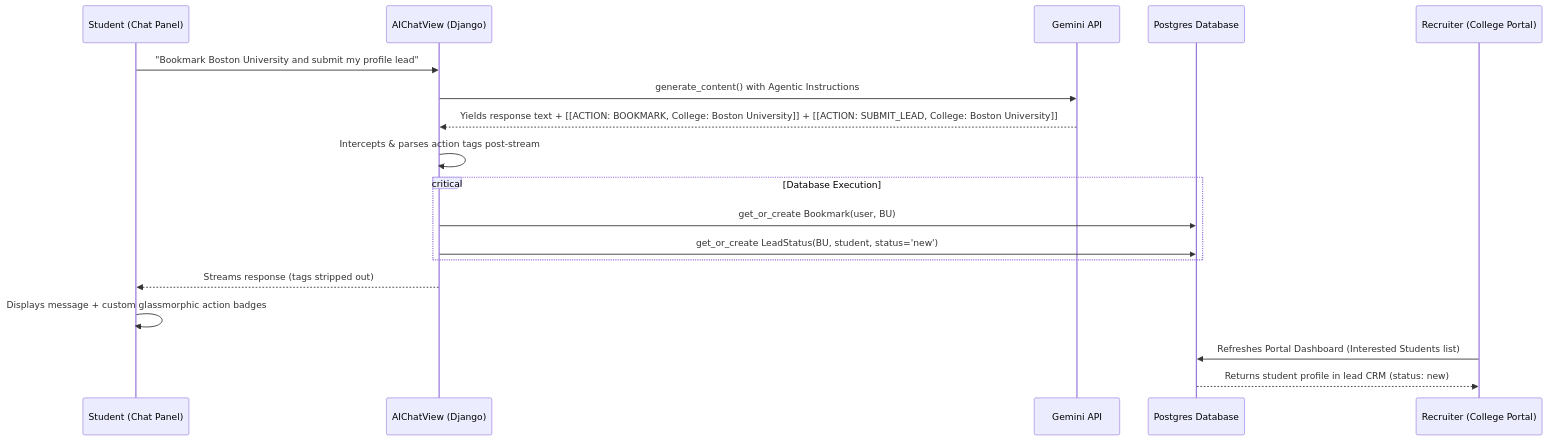
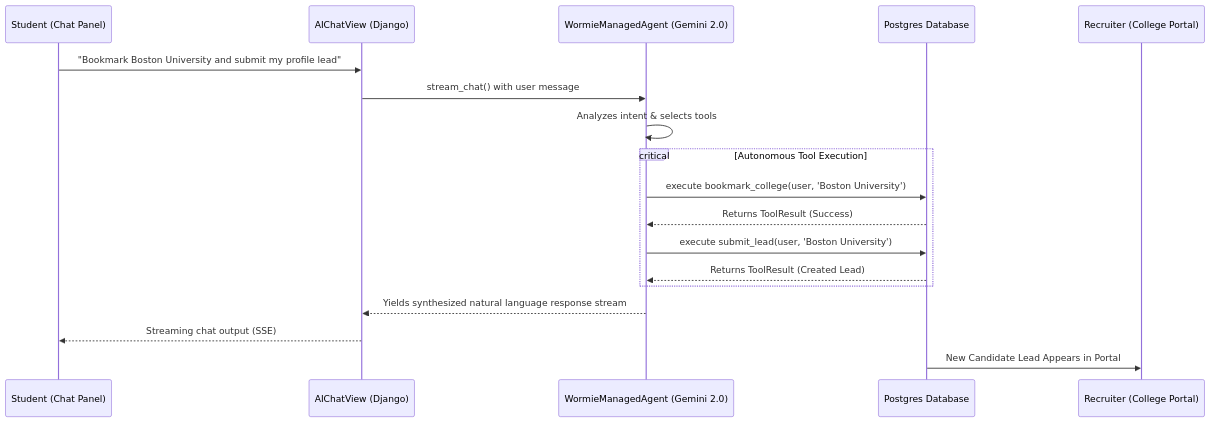
Before and after one commit to bpaksoy/capstone: the third of 3 diagrams in README.md, drawn with Mermaid. The commit also changed other lines of this file, not shown here.

Commit message:
Update README to reflect new Gemini 2.0 Managed Agent architecture

````diff
--- a/README.md
+++ b/README.md
@@ -136,21 +138,23 @@
 ```mermaid
 sequenceDiagram
     participant User as Student (Chat Panel)
     participant ChatView as AIChatView (Django)
-    participant Gemini as Gemini API
+    participant Agent as WormieManagedAgent (Gemini 2.0)
     participant DB as Postgres Database
     participant Recruiter as Recruiter (College Portal)
 
     User->>ChatView: "Bookmark Boston University and submit my profile lead"
-    ChatView->>Gemini: generate_content() with Agentic Instructions
-    Gemini-->>ChatView: Yields response text + [[ACTION: BOOKMARK, College: Boston University]] + [[ACTION: SUBMIT_LEAD, College: Boston University]]
-    ChatView->>ChatView: Intercepts & parses action tags post-stream
-    critical Database Execution
-        ChatView->>DB: get_or_create Bookmark(user, BU)
-        ChatView->>DB: get_or_create LeadStatus(BU, student, status='new')
+    ChatView->>Agent: stream_chat() with user message
+    Agent->>Agent: Analyzes intent & selects tools
+    
+    critical Autonomous Tool Execution
+        Agent->>DB: execute bookmark_college(user, 'Boston University')
+        DB-->>Agent: Returns ToolResult (Success)
+        Agent->>DB: execute submit_lead(user, 'Boston University')
+        DB-->>Agent: Returns ToolResult (Created Lead)
     end
-    ChatView-->>User: Streams response (tags stripped out)
-    User->>User: Displays message + custom glassmorphic action badges
-    Recruiter->>DB: Refreshes Portal Dashboard (Interested Students list)
-    DB-->>Recruiter: Returns student profile in lead CRM (status: new)
+    
+    Agent-->>ChatView: Yields synthesized natural language response stream
+    ChatView-->>User: Streaming chat output (SSE)
+    DB->>Recruiter: New Candidate Lead Appears in Portal
 ```
````
